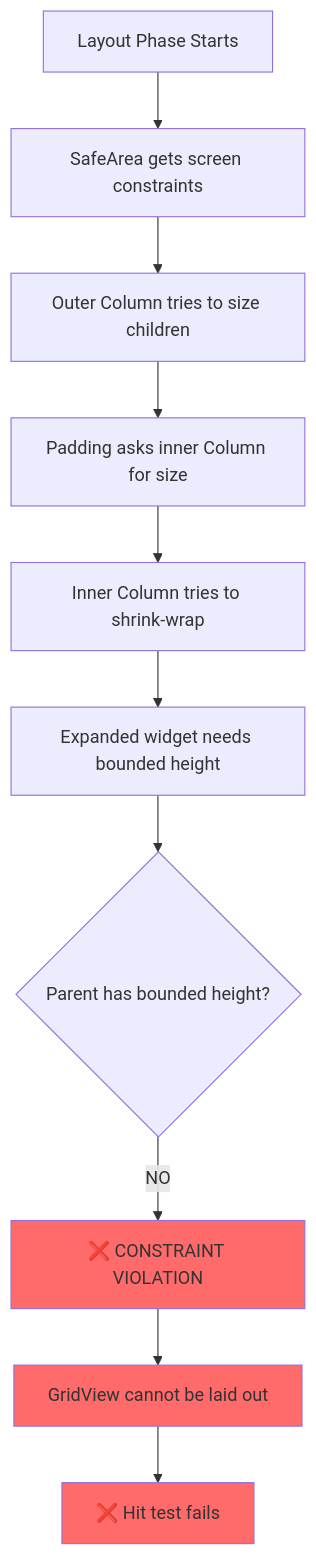
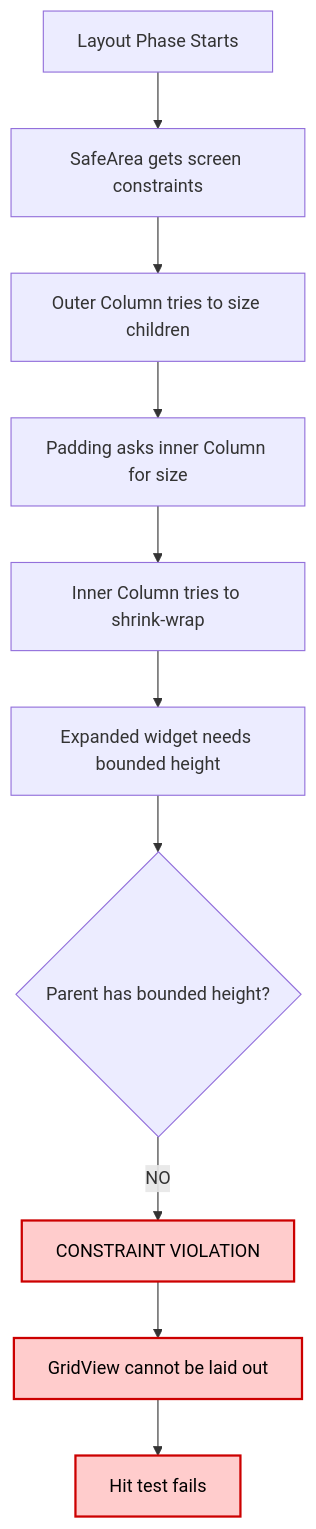
One commit to hrhouma1/flutter-recette-app-october-2025-v3 changed the fourth of 6 diagrams in lib/Views/exercices/01-layout-comparison-analysis.md. Above: the diagram before and after it, drawn with Mermaid. The commit also changed other lines of this file and 3 other files, not shown here.

````diff
--- a/lib/Views/exercices/01-layout-comparison-analysis.md
+++ b/lib/Views/exercices/01-layout-comparison-analysis.md
@@ -165,16 +168,17 @@
 ```mermaid
+%%{init: {'theme':'default', 'themeVariables': { 'primaryColor':'#e8f4f8','primaryTextColor':'#000','primaryBorderColor':'#0066cc','lineColor':'#333','errorBkgColor':'#ffcccc','errorTextColor':'#000'}}}%%
 flowchart TD
     A[Layout Phase Starts] --> B[SafeArea gets screen constraints]
     B --> C[Outer Column tries to size children]
     C --> D[Padding asks inner Column for size]
     D --> E[Inner Column tries to shrink-wrap]
     E --> F[Expanded widget needs bounded height]
     F --> G{Parent has bounded height?}
-    G -->|NO| H[❌ CONSTRAINT VIOLATION]
+    G -->|NO| H[CONSTRAINT VIOLATION]
     H --> I[GridView cannot be laid out]
-    I --> J[❌ Hit test fails]
+    I --> J[Hit test fails]
     
-    style H fill:#ff6b6b
-    style I fill:#ff6b6b
-    style J fill:#ff6b6b
+    style H fill:#ffcccc,stroke:#cc0000,stroke-width:2px,color:#000
+    style I fill:#ffcccc,stroke:#cc0000,stroke-width:2px,color:#000
+    style J fill:#ffcccc,stroke:#cc0000,stroke-width:2px,color:#000
 ```
````
